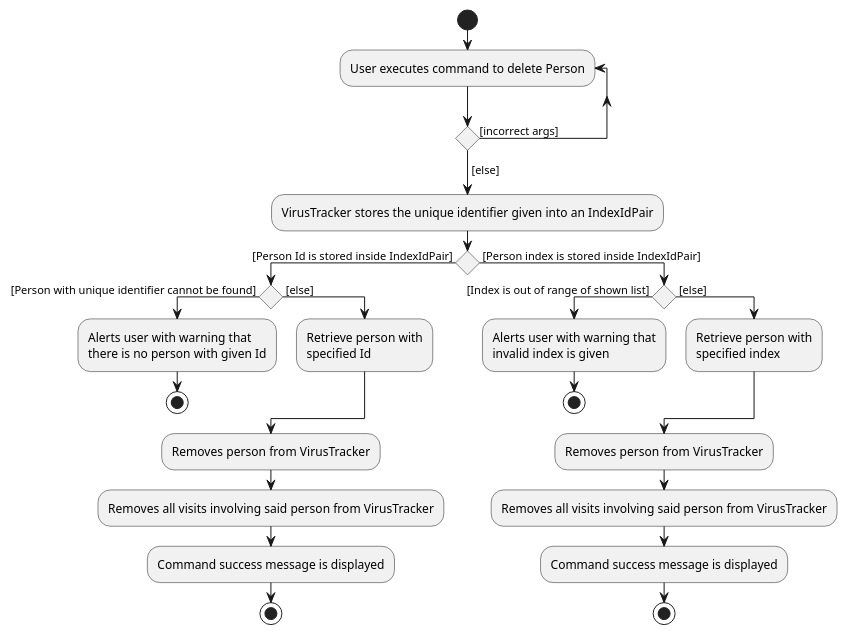
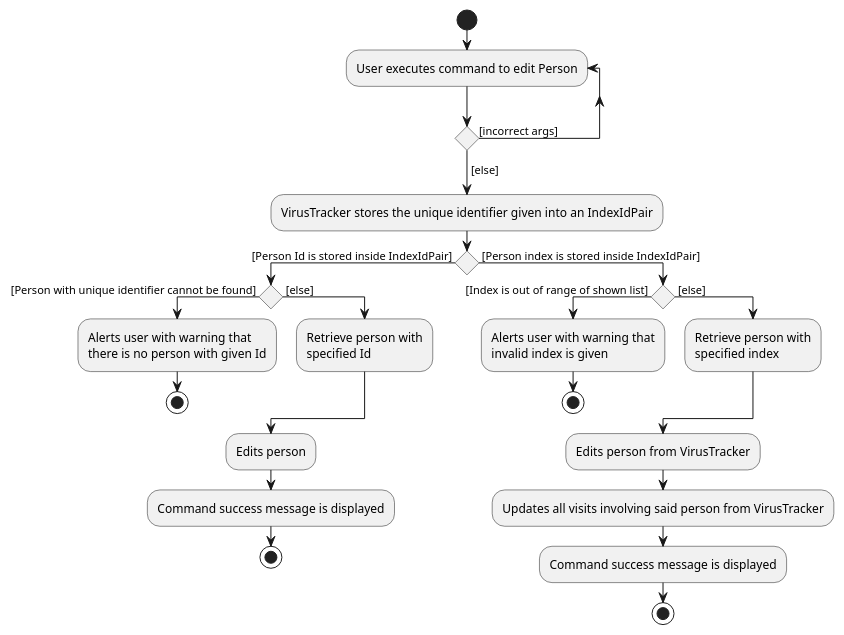
The diagram in docs/diagrams/DeletePersonUniqueIdentifiersActivityDiagram.puml (siangernlow/tp), drawn with PlantUML before and after one commit. The commit also changed 6 other files, not shown here.

Commit message:
Update delete example with edit example

```diff
--- a/docs/diagrams/DeletePersonUniqueIdentifiersActivityDiagram.puml
+++ b/docs/diagrams/DeletePersonUniqueIdentifiersActivityDiagram.puml
@@ -1,41 +1,40 @@
 @startuml
 start
 
 'Since the beta syntax does not support placing the condition outside the
 'diamond we place it as the true branch instead.
 
-repeat :User executes command to delete Person;
+repeat :User executes command to edit Person;
 repeat while () is ([incorrect args])
 ->[else];
 
 :VirusTracker stores the unique identifier given into an IndexIdPair;
 
 if () then ( [Person Id is stored inside IndexIdPair] )
     if () then ( [Person with unique identifier cannot be found] )
         :Alerts user with warning that
         there is no person with given Id;
         stop
     else ( [else] )
         :Retrieve person with
         specified Id;
     endif
-    :Removes person from VirusTracker;
-    :Removes all visits involving said person from VirusTracker;
+    :Edits person;
     :Command success message is displayed;
     stop
 else ( [Person index is stored inside IndexIdPair])
    if () then ( [Index is out of range of shown list] )
        :Alerts user with warning that
        invalid index is given;
        stop
    else ( [else] )
        :Retrieve person with
        specified index;
 endif
 
-:Removes person from VirusTracker;
-:Removes all visits involving said person from VirusTracker;
+:Edits person from VirusTracker;
+:Updates all visits involving said person from VirusTracker;
 :Command success message is displayed;
 stop
 
 @enduml
```
